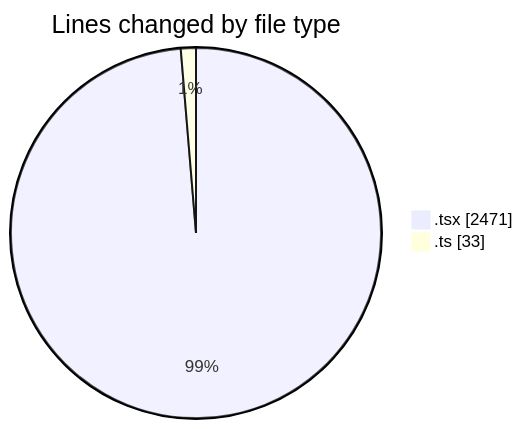
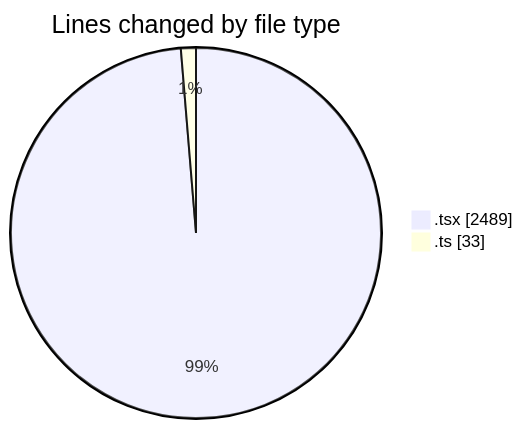
One commit to momahboobian/code-tracking changed the first of 2 diagrams in 2025-02-12/cda/README.md. Above: the diagram before and after it, drawn with Mermaid. The commit also changed other lines of this file and 1 other file, not shown here.

````diff
--- a/2025-02-12/cda/README.md
+++ b/2025-02-12/cda/README.md
@@ -24,6 +24,6 @@
 ```mermaid
 pie showData
 title Lines changed by file type
-".tsx" : 2471
+".tsx" : 2489
 ".ts" : 33
 ```
````
